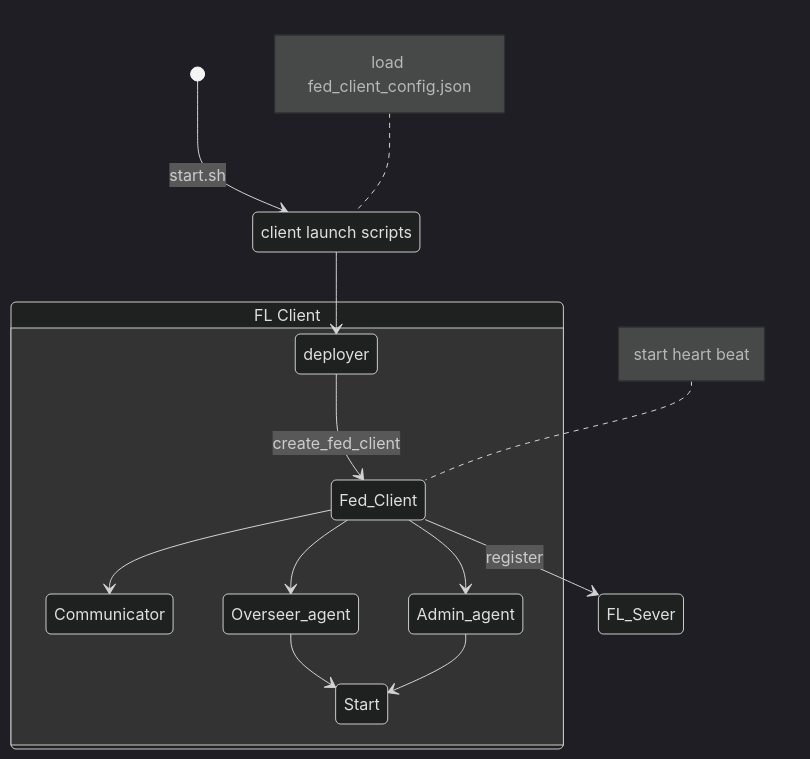
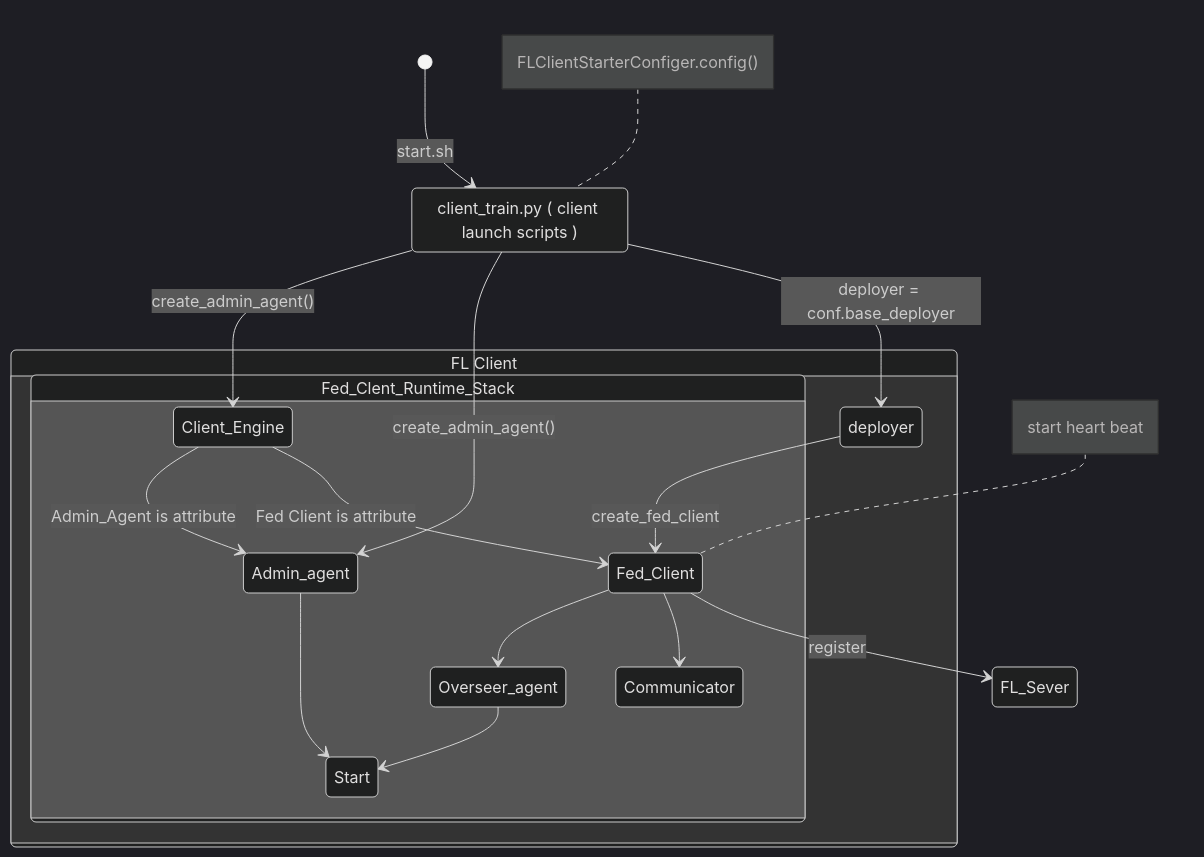
Before and after one commit to hitesh-ag1/NVFlare: the third of 9 diagrams in docs/system_state_and_flow/system_workflow.md, drawn with Mermaid (dark theme). The commit also changed other lines of this file, not shown here.

Commit message:
update client side process workflow sequence diagram

````diff
--- a/docs/system_state_and_flow/system_workflow.md
+++ b/docs/system_state_and_flow/system_workflow.md
@@ -74,22 +81,29 @@
 ```mermaid
 stateDiagram-v2
     FL_Client: FL Client
-    Client_train: client launch scripts
+    Client_train: client_train.py ( client launch scripts )
     [*] --> Client_train: start.sh
     note left of Client_train
-        load fed_client_config.json
+        FLClientStarterConfiger.config()
     end note
-    Client_train --> deployer
-    Fed_Client --> FL_Sever: register 
+    Client_train --> deployer: deployer = conf.base_deployer
+    Client_train --> Admin_agent: create_admin_agent()
+    Client_train --> Client_Engine: create_admin_agent()
+    Fed_Client --> FL_Sever: register
+     
     state FL_Client {
-        deployer --> Fed_Client: create_fed_client
-        Fed_Client --> Communicator
-        Fed_Client --> Overseer_agent
-        note left of Fed_Client
-            start heart beat
-        end note
-        Fed_Client --> Admin_agent
-        Overseer_agent --> Start
-        Admin_agent --> Start
+            deployer --> Fed_Client: create_fed_client
+            state Fed_Clent_Runtime_Stack { 
+                Fed_Client --> Communicator
+                Fed_Client --> Overseer_agent
+                Client_Engine --> Fed_Client: Fed Client is attribute
+                Client_Engine --> Admin_agent: Admin_Agent is attribute
+                
+                note left of Fed_Client
+                    start heart beat
+                end note
+                Overseer_agent --> Start
+                Admin_agent --> Start
+        }
     }
 ```
````
